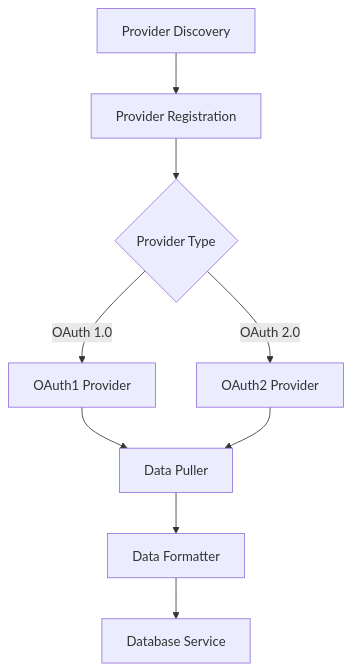
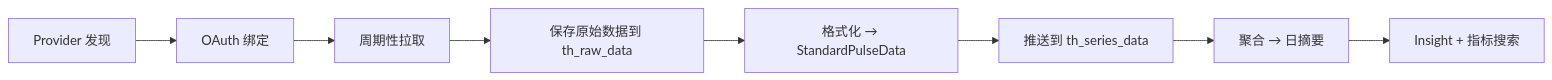
The diagram in zh/concepts/architecture.mdx (thetahealth/mirobody-health-docs), drawn with Mermaid before and after one commit. The commit also changed other lines of this file and 65 other files, not shown here.

````diff
--- a/zh/concepts/architecture.mdx
+++ b/zh/concepts/architecture.mdx
@@ -58,11 +145,10 @@
 ```mermaid
-graph TD
-    A[Provider Discovery] --> B[Provider Registration]
-    B --> C{Provider Type}
-    C --> |OAuth 1.0| D[OAuth1 Provider]
-    C --> |OAuth 2.0| E[OAuth2 Provider]
-    D --> F[Data Puller]
-    E --> F
-    F --> G[Data Formatter]
-    G --> H[Database Service]
+graph LR
+    A[Provider 发现] --> B[OAuth 绑定]
+    B --> C[周期性拉取]
+    C --> D[保存原始数据到 th_raw_data]
+    D --> E[格式化 → StandardPulseData]
+    E --> F[推送到 th_series_data]
+    F --> G[聚合 → 日摘要]
+    G --> H[Insight + 指标搜索]
 ```
````
